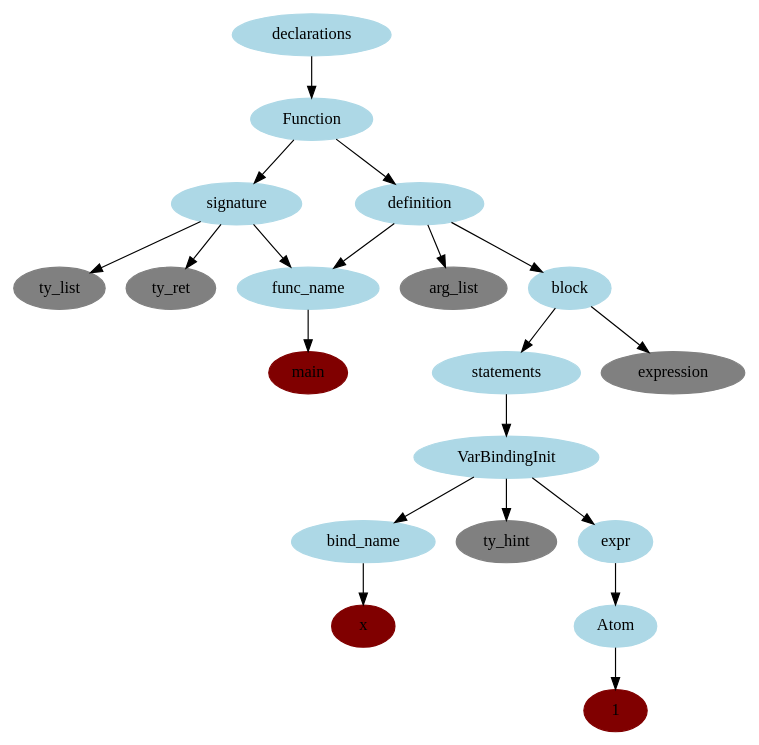
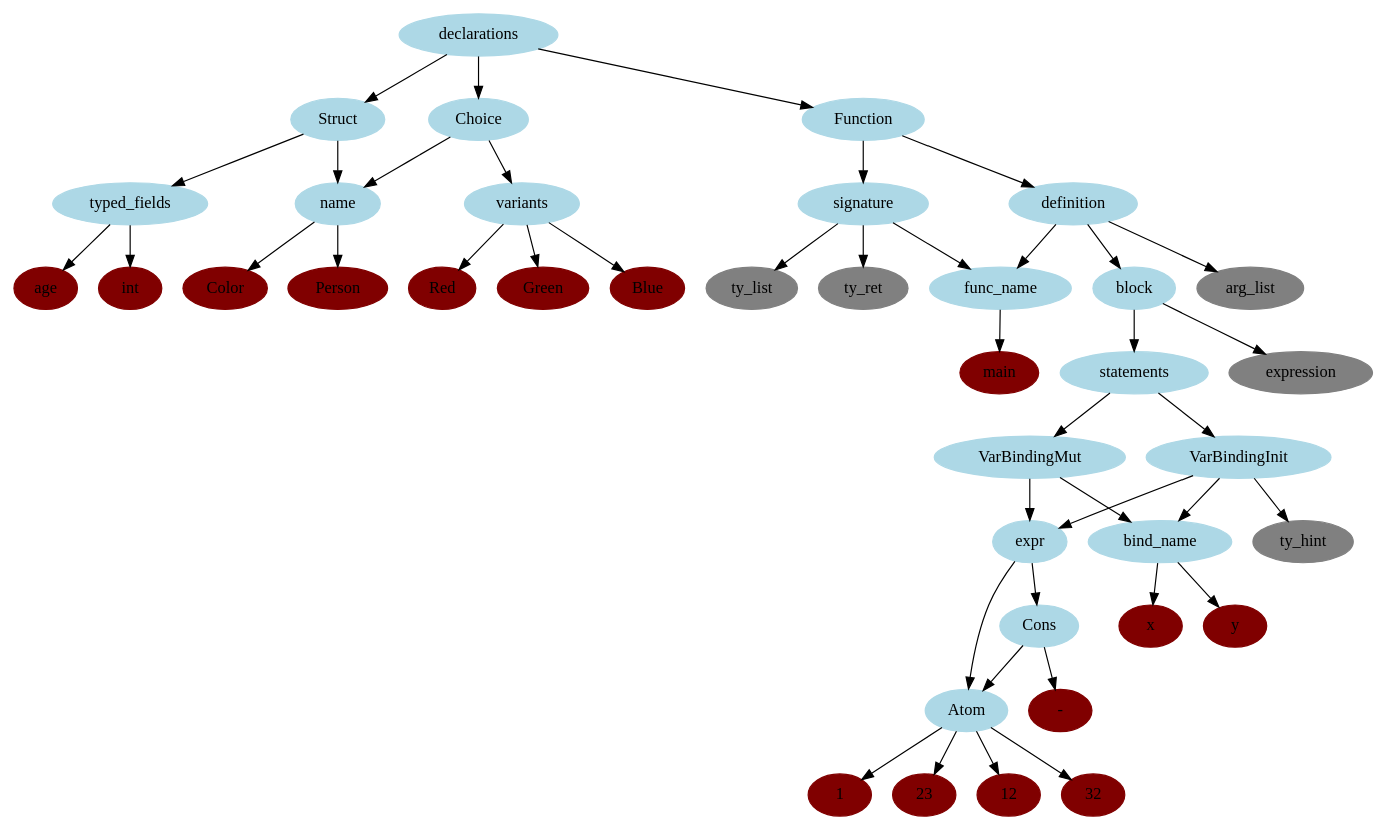
Before and after one commit to Daltonhensley19/AzaleaCapstone: the diagram in ast_dump/Digraph.gv, drawn with Graphviz. The commit also changed 4 other files, not shown here.

```diff
--- a/ast_dump/Digraph.gv
+++ b/ast_dump/Digraph.gv
@@ -1,55 +1,148 @@
 strict digraph {
+	declarations [color=lightblue style=filled]
+	Choice [color=lightblue style=filled]
+	declarations -> Choice
+	Choice [color=lightblue style=filled]
+	name [color=lightblue style=filled]
+	Choice -> name
+	name [color=lightblue style=filled]
+	Color [color=maroon style=filled]
+	name -> Color
+	Choice -> variants
+	variants [color=lightblue style=filled]
+	Red [color=maroon style=filled]
+	variants -> Red
+	variants [color=lightblue style=filled]
+	Green [color=maroon style=filled]
+	variants -> Green
+	variants [color=lightblue style=filled]
+	Blue [color=maroon style=filled]
+	variants -> Blue
+	declarations [color=lightblue style=filled]
+	Struct [color=lightblue style=filled]
+	declarations -> Struct
+	Struct [color=lightblue style=filled]
+	name [color=lightblue style=filled]
+	Struct -> name
+	name [color=lightblue style=filled]
+	Person [color=maroon style=filled]
+	name -> Person
+	Struct -> typed_fields
+	typed_fields [color=lightblue style=filled]
+	age [color=maroon style=filled]
+	typed_fields -> age
+	typed_fields [color=lightblue style=filled]
+	int [color=maroon style=filled]
+	typed_fields -> int
 	declarations [color=lightblue style=filled]
 	Function [color=lightblue style=filled]
 	declarations -> Function
 	Function [color=lightblue style=filled]
 	signature [color=lightblue style=filled]
 	Function -> signature
 	signature [color=lightblue style=filled]
 	func_name [color=lightblue style=filled]
 	signature -> func_name
 	func_name [color=lightblue style=filled]
 	main [color=maroon style=filled]
 	func_name -> main
 	signature -> ty_list
 	ty_list [color=grey style=filled]
 	signature -> ty_ret
 	ty_ret [color=grey style=filled]
 	Function [color=lightblue style=filled]
 	definition [color=lightblue style=filled]
 	Function -> definition
 	definition [color=lightblue style=filled]
 	func_name [color=lightblue style=filled]
 	definition -> func_name
 	func_name [color=lightblue style=filled]
 	main [color=maroon style=filled]
 	func_name -> main
 	definition -> arg_list
 	arg_list [color=grey style=filled]
 	definition [color=lightblue style=filled]
 	block [color=lightblue style=filled]
 	definition -> block
 	block -> statements
 	statements [color=lightblue style=filled]
 	VarBindingInit [color=lightblue style=filled]
 	statements -> VarBindingInit
 	VarBindingInit [color=lightblue style=filled]
 	bind_name [color=lightblue style=filled]
 	VarBindingInit -> bind_name
 	bind_name [color=lightblue style=filled]
 	x [color=maroon style=filled]
 	bind_name -> x
 	VarBindingInit -> ty_hint
 	ty_hint [color=grey style=filled]
 	VarBindingInit [color=lightblue style=filled]
 	expr [color=lightblue style=filled]
 	VarBindingInit -> expr
 	expr [color=lightblue style=filled]
 	Atom [color=lightblue style=filled]
 	expr -> Atom
 	Atom [color=lightblue style=filled]
 	1 [color=maroon style=filled]
 	Atom -> 1
+	statements [color=lightblue style=filled]
+	VarBindingInit [color=lightblue style=filled]
+	statements -> VarBindingInit
+	VarBindingInit [color=lightblue style=filled]
+	bind_name [color=lightblue style=filled]
+	VarBindingInit -> bind_name
+	bind_name [color=lightblue style=filled]
+	y [color=maroon style=filled]
+	bind_name -> y
+	VarBindingInit -> ty_hint
+	ty_hint [color=grey style=filled]
+	VarBindingInit [color=lightblue style=filled]
+	expr [color=lightblue style=filled]
+	VarBindingInit -> expr
+	expr -> Cons
+	Cons [color=lightblue style=filled]
+	"-" [color=maroon style=filled]
+	Cons -> "-"
+	Cons [color=lightblue style=filled]
+	Atom [color=lightblue style=filled]
+	Cons -> Atom
+	Atom [color=lightblue style=filled]
+	23 [color=maroon style=filled]
+	Atom -> 23
+	Cons [color=lightblue style=filled]
+	Atom [color=lightblue style=filled]
+	Cons -> Atom
+	Atom [color=lightblue style=filled]
+	12 [color=maroon style=filled]
+	Atom -> 12
+	statements [color=lightblue style=filled]
+	VarBindingMut [color=lightblue style=filled]
+	statements -> VarBindingMut
+	VarBindingMut [color=lightblue style=filled]
+	bind_name [color=lightblue style=filled]
+	VarBindingMut -> bind_name
+	bind_name [color=lightblue style=filled]
+	y [color=maroon style=filled]
+	bind_name -> y
+	VarBindingMut [color=lightblue style=filled]
+	expr [color=lightblue style=filled]
+	VarBindingMut -> expr
+	expr -> Cons
+	Cons [color=lightblue style=filled]
+	"-" [color=maroon style=filled]
+	Cons -> "-"
+	Cons [color=lightblue style=filled]
+	Atom [color=lightblue style=filled]
+	Cons -> Atom
+	Atom [color=lightblue style=filled]
+	23 [color=maroon style=filled]
+	Atom -> 23
+	Cons [color=lightblue style=filled]
+	Atom [color=lightblue style=filled]
+	Cons -> Atom
+	Atom [color=lightblue style=filled]
+	32 [color=maroon style=filled]
+	Atom -> 32
 	block -> expression
 	expression [color=grey style=filled]
 }
```
